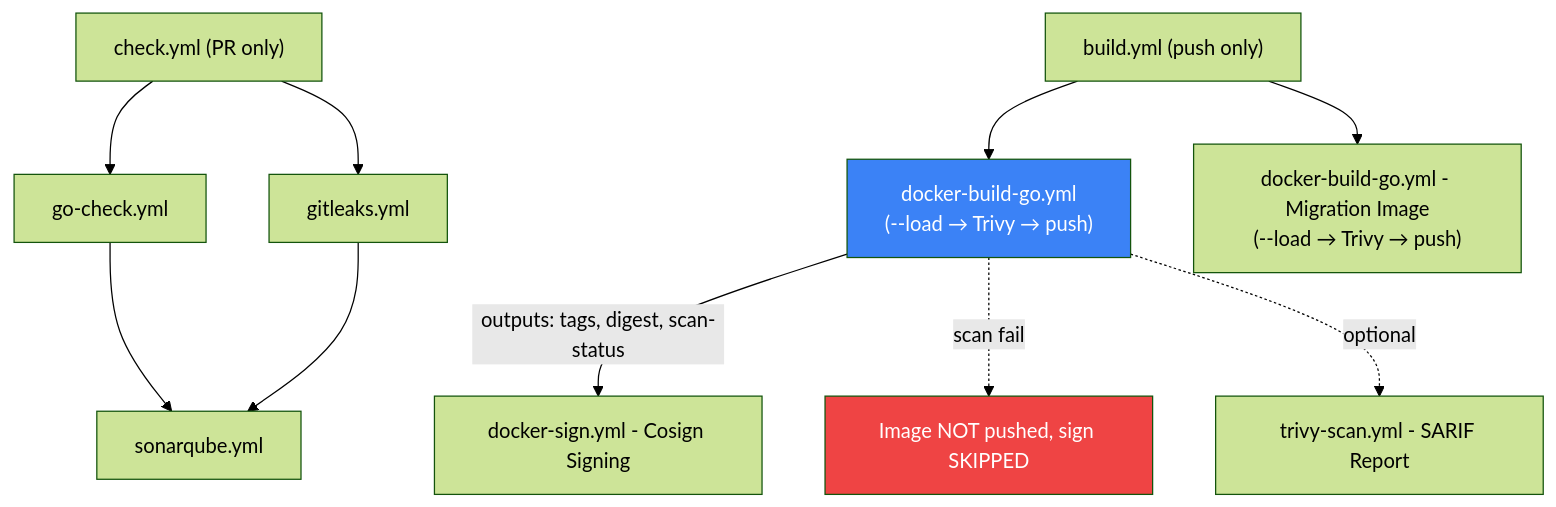
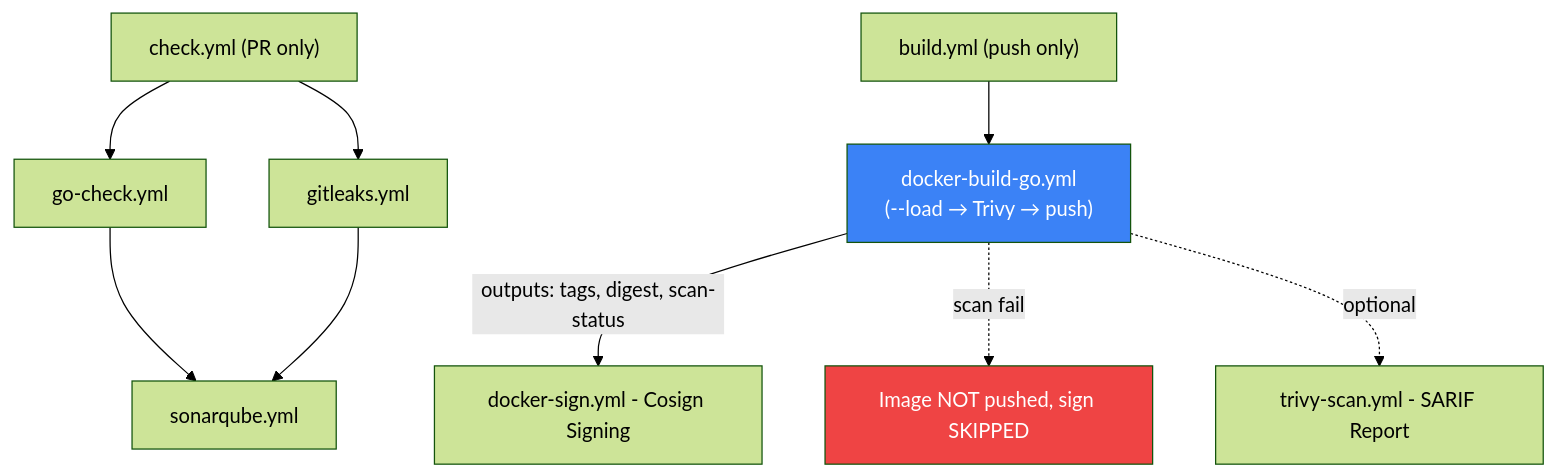
The tenth of 13 diagrams in docs/platform/cicd.md (duynhlab/homelab), drawn with Mermaid (forest theme) before and after one commit. The commit also changed other lines of this file and 3 other files, not shown here.

````diff
--- a/docs/platform/cicd.md
+++ b/docs/platform/cicd.md
@@ -417,16 +476,15 @@
 ```mermaid
 flowchart TD
   CheckCaller["check.yml (PR only)"] --> GoCheck["go-check.yml"]
   CheckCaller --> Gitleaks["gitleaks.yml"]
   GoCheck --> Sonar["sonarqube.yml"]
   Gitleaks --> Sonar
 
   BuildCaller["build.yml (push only)"] --> Build["docker-build-go.yml<br/>(--load → Trivy → push)"]
   Build -->|"outputs: tags, digest, scan-status"| Sign[docker-sign.yml - Cosign Signing]
   Build -.->|"scan fail"| Skip["Image NOT pushed, sign SKIPPED"]
   Build -.->|"optional"| Report["trivy-scan.yml - SARIF Report"]
-  BuildCaller --> DbInit["docker-build-go.yml - Migration Image<br/>(--load → Trivy → push)"]
 
   style Build fill:#3b82f6,color:#fff
   style Skip fill:#ef4444,color:#fff
 ```
````
